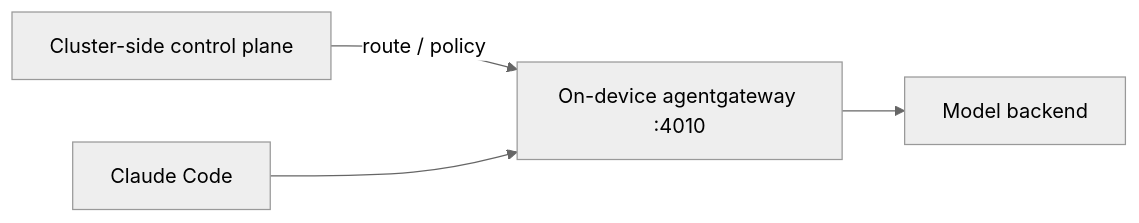
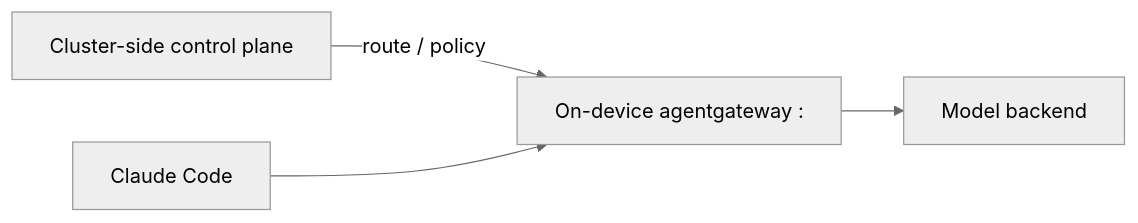
Before and after one commit to thiago4go/ai-native-platform-engineering: the third of 3 diagrams in docs/architecture.md, drawn with Mermaid (neutral theme). The commit also changed other lines of this file and 11 other files, not shown here.

````diff
--- a/docs/architecture.md
+++ b/docs/architecture.md
@@ -60,6 +60,6 @@
 ```mermaid
 flowchart LR
-    control["Cluster-side control plane"] -- "route / policy" --> edge["On-device agentgateway :4010"]
+    control["Cluster-side control plane"] -- "route / policy" --> edge["On-device agentgateway :<port>"]
     claude["Claude Code"] --> edge
     edge --> backend["Model backend"]
 ```
````
